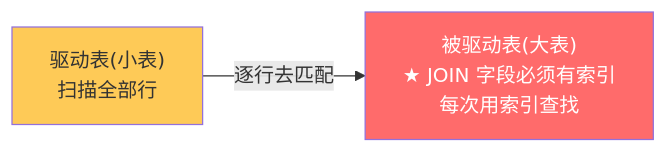
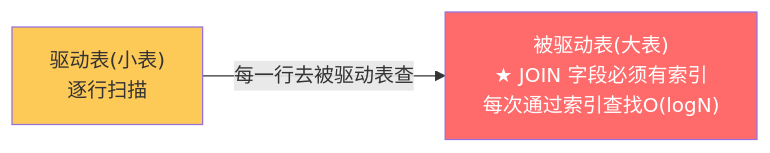
Before and after one commit to qigao0787-ops/gq-test: diagram 30 of 34 in document/strengthen/性能调优面试总结_增强版.md, drawn with Mermaid. The commit also changed other lines of this file, not shown here.

````diff
--- a/document/strengthen/性能调优面试总结_增强版.md
+++ b/document/strengthen/性能调优面试总结_增强版.md
@@ -2018,7 +2318,7 @@
 ```mermaid
 flowchart LR
-    A["驱动表(小表)<br/>扫描全部行"] -->|"逐行去匹配"| B["被驱动表(大表)<br/>★ JOIN 字段必须有索引<br/>每次用索引查找"]
+    A["驱动表(小表)<br/>逐行扫描"] -->|"每一行去被驱动表查"| B["被驱动表(大表)<br/>★ JOIN 字段必须有索引<br/>每次通过索引查找O(logN)"]
 
     style A fill:#feca57
     style B fill:#ff6b6b,color:#fff
 ```
````
